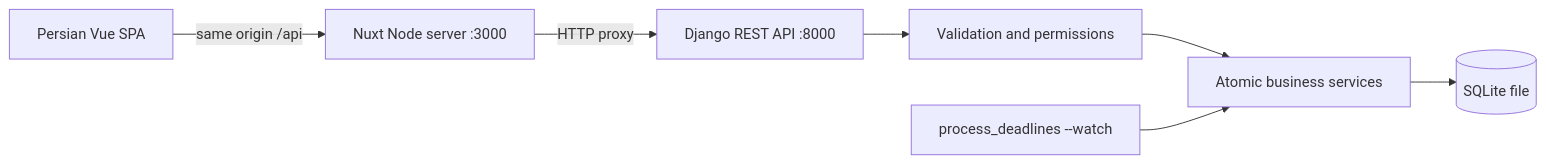
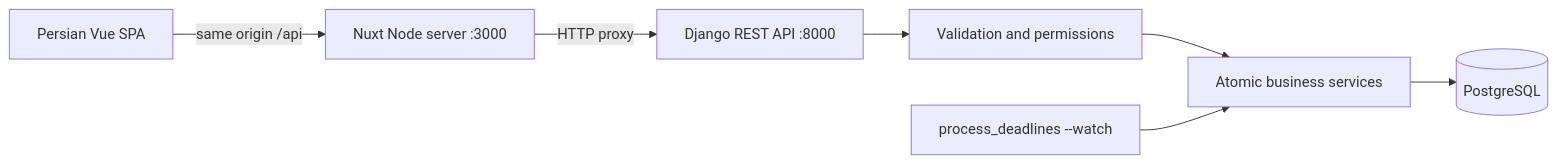
The diagram in docs/ARCHITECTURE.md (mohadesostadhl/ham-kharid-backend), drawn with Mermaid before and after one commit. The commit also changed other lines of this file and 13 other files, not shown here.

Commit message:
feat(database): migrate default database from SQLite to PostgreSQL

````diff
--- a/docs/ARCHITECTURE.md
+++ b/docs/ARCHITECTURE.md
@@ -3,9 +3,9 @@
 ```mermaid
 flowchart LR
   Browser[Persian Vue SPA] -->|same origin /api| Nuxt[Nuxt Node server :3000]
   Nuxt -->|HTTP proxy| API[Django REST API :8000]
   API --> Serializers[Validation and permissions]
   Serializers --> Services[Atomic business services]
-  Services --> DB[(SQLite file)]
+  Services --> DB[(PostgreSQL)]
   Worker[process_deadlines --watch] --> Services
 ```
````
